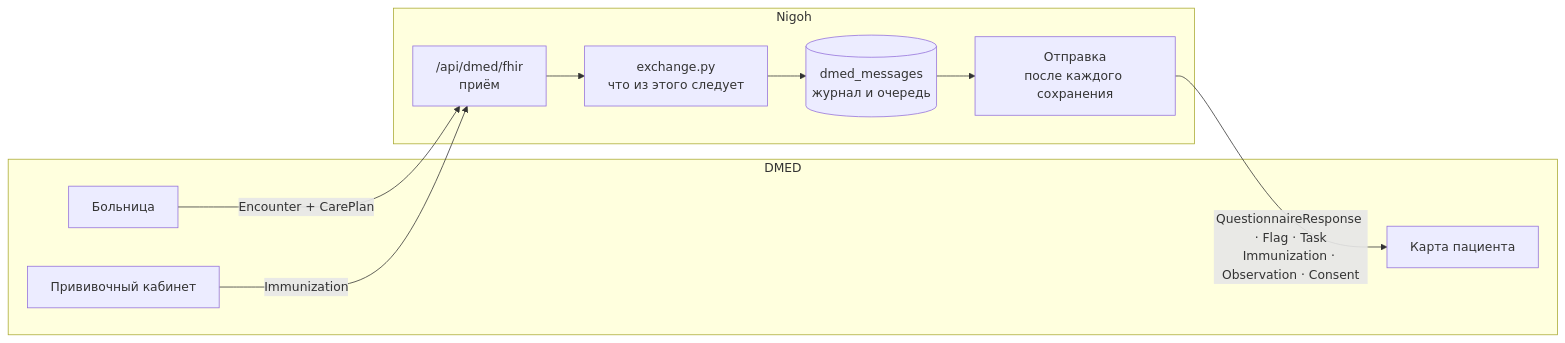
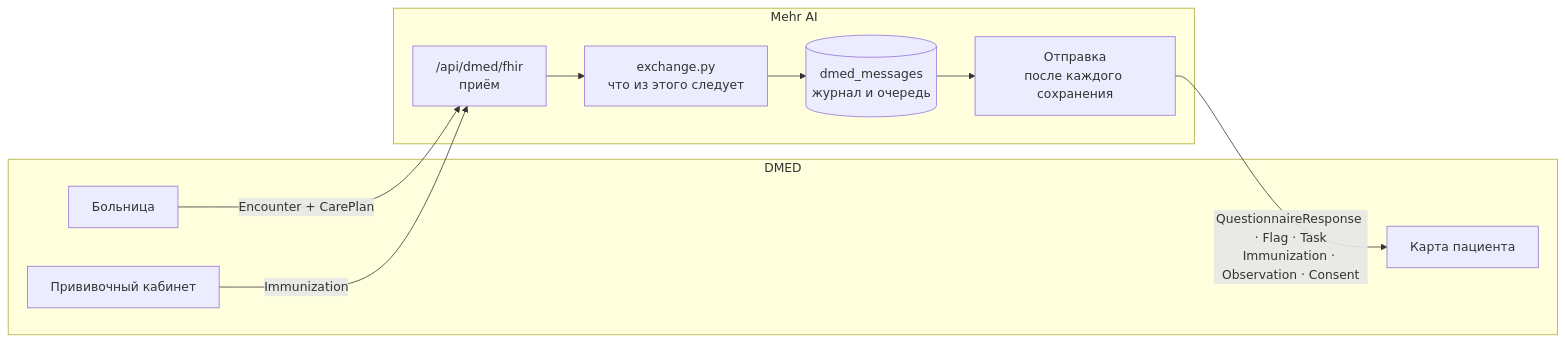
One commit to emilkadelaetsuuur/mehr-ai changed the diagram in docs/dmed.md. Above: the diagram before and after it, drawn with Mermaid. The commit also changed other lines of this file and 18 other files, not shown here.

````diff
--- a/docs/dmed.md
+++ b/docs/dmed.md
@@ -5,18 +5,18 @@
 ```mermaid
 flowchart LR
   subgraph DMED
     H["Больница"]
     I["Прививочный кабинет"]
     REG["Карта пациента"]
   end
-  subgraph Nigoh
+  subgraph MEHR["Mehr AI"]
     IN["/api/dmed/fhir<br/>приём"]
     EX["exchange.py<br/>что из этого следует"]
     Q[("dmed_messages<br/>журнал и очередь")]
     OUT["Отправка<br/>после каждого сохранения"]
   end
   H -- "Encounter + CarePlan" --> IN
   I -- "Immunization" --> IN
   IN --> EX --> Q
   Q --> OUT -- "QuestionnaireResponse · Flag · Task<br/>Immunization · Observation · Consent" --> REG
 ```
````
